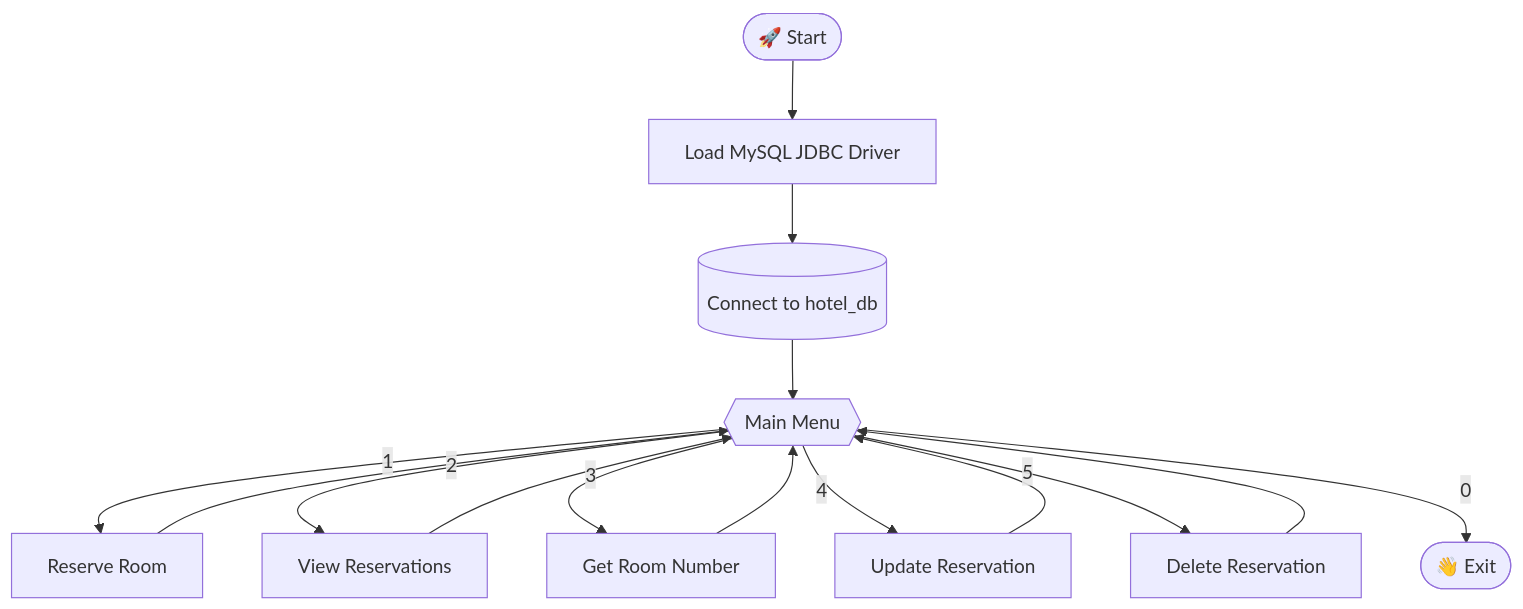
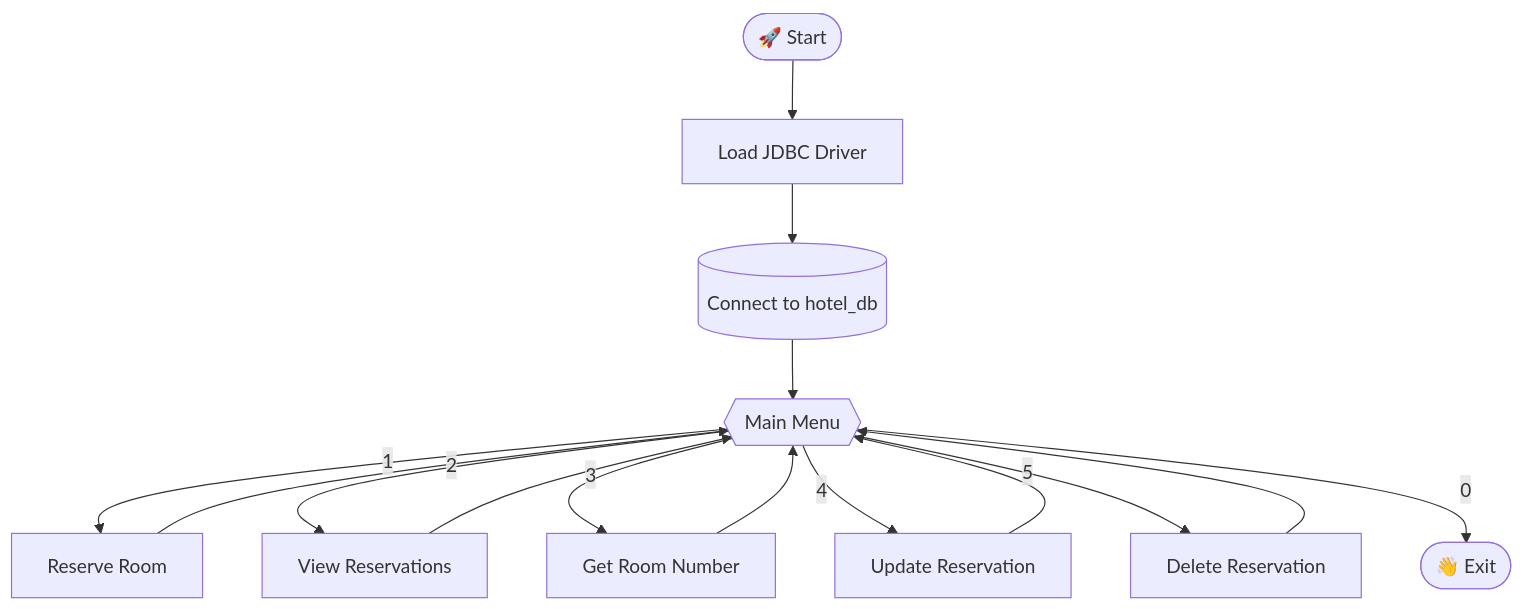
The second of 2 diagrams in README.md (rudrarajsingh887/Hotel_Reservation_System), drawn with Mermaid before and after one commit. The commit also changed other lines of this file, not shown here.

````diff
--- a/README.md
+++ b/README.md
@@ -48,17 +72,13 @@
 ```mermaid
 flowchart TD
-    A([🚀 Start]) --> B[Load MySQL JDBC Driver]
+    A([🚀 Start]) --> B[Load JDBC Driver]
     B --> C[(Connect to hotel_db)]
     C --> D{{Main Menu}}
     D -->|1| E[Reserve Room]
     D -->|2| F[View Reservations]
     D -->|3| G[Get Room Number]
     D -->|4| H[Update Reservation]
     D -->|5| I[Delete Reservation]
     D -->|0| J([👋 Exit])
-    E --> D
-    F --> D
-    G --> D
-    H --> D
-    I --> D
+    E & F & G & H & I --> D
 ```
````
